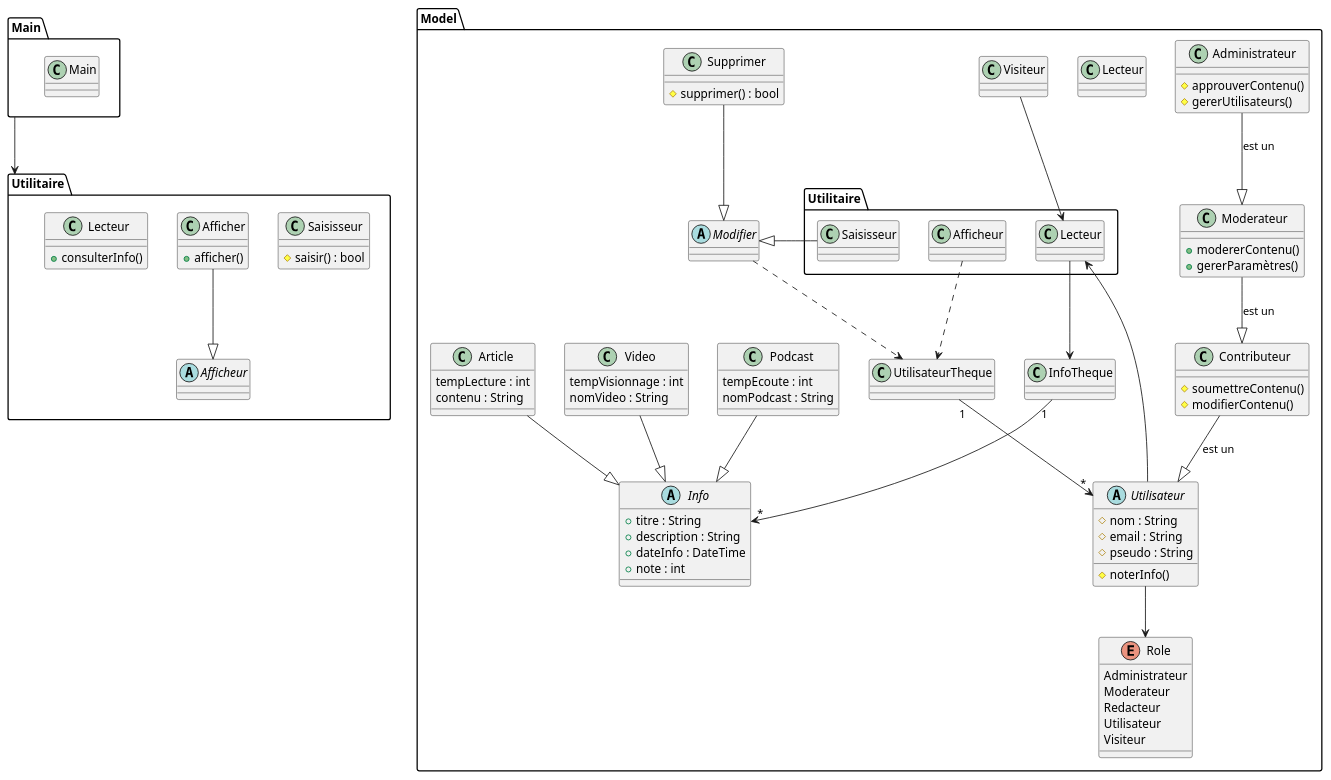
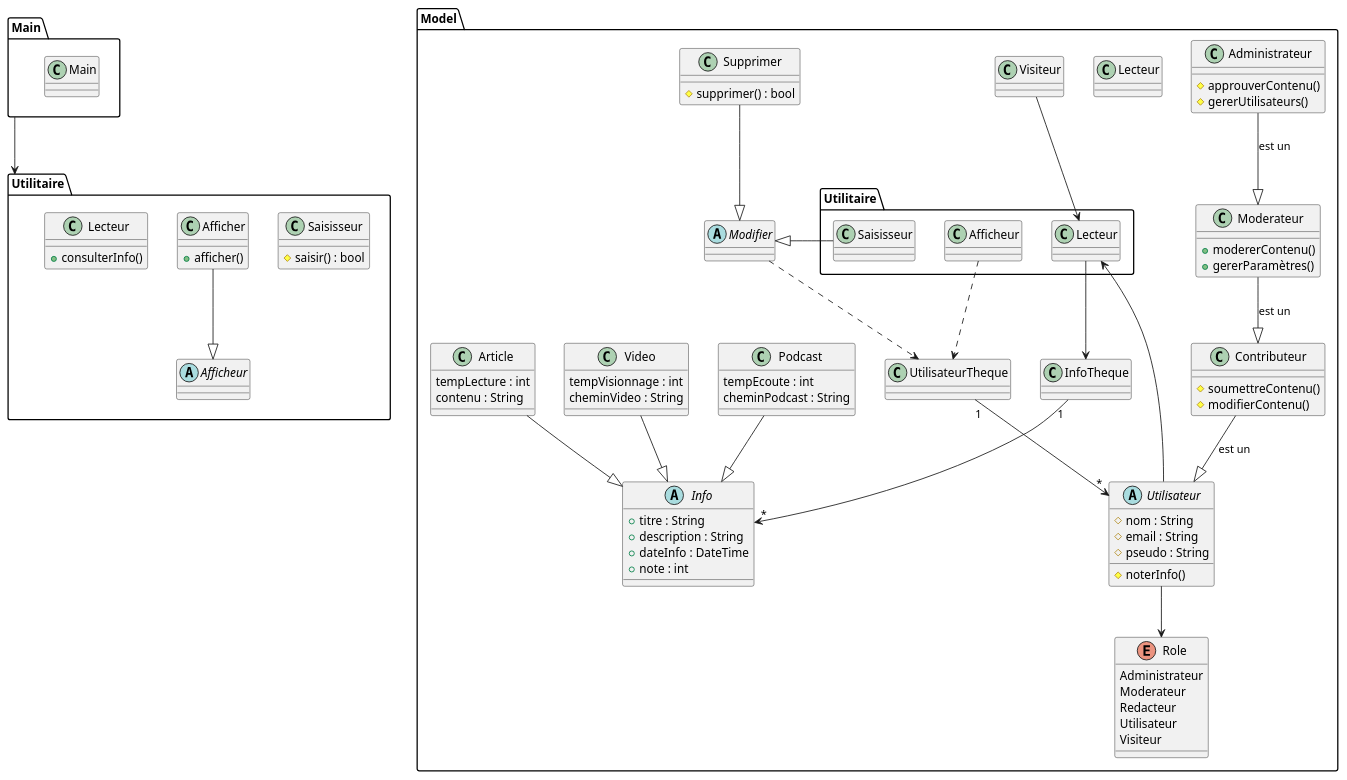
Before and after one commit to tonyfgs/Verax: the diagram in Diagramme/diagrammeClasse.md, drawn with PlantUML.

Commit message:
Mise à jour de 'Diagramme/diagrammeClasse.md'

```diff
--- a/Diagramme/diagrammeClasse.md
+++ b/Diagramme/diagrammeClasse.md
@@ -48,11 +48,11 @@
     }
     class Podcast {
         tempEcoute : int
-        nomPodcast : String
+        cheminPodcast : String
     }
     class Video {
         tempVisionnage : int
-        nomVideo : String
+        cheminVideo : String
     }
     enum Role{
         Administrateur
```
